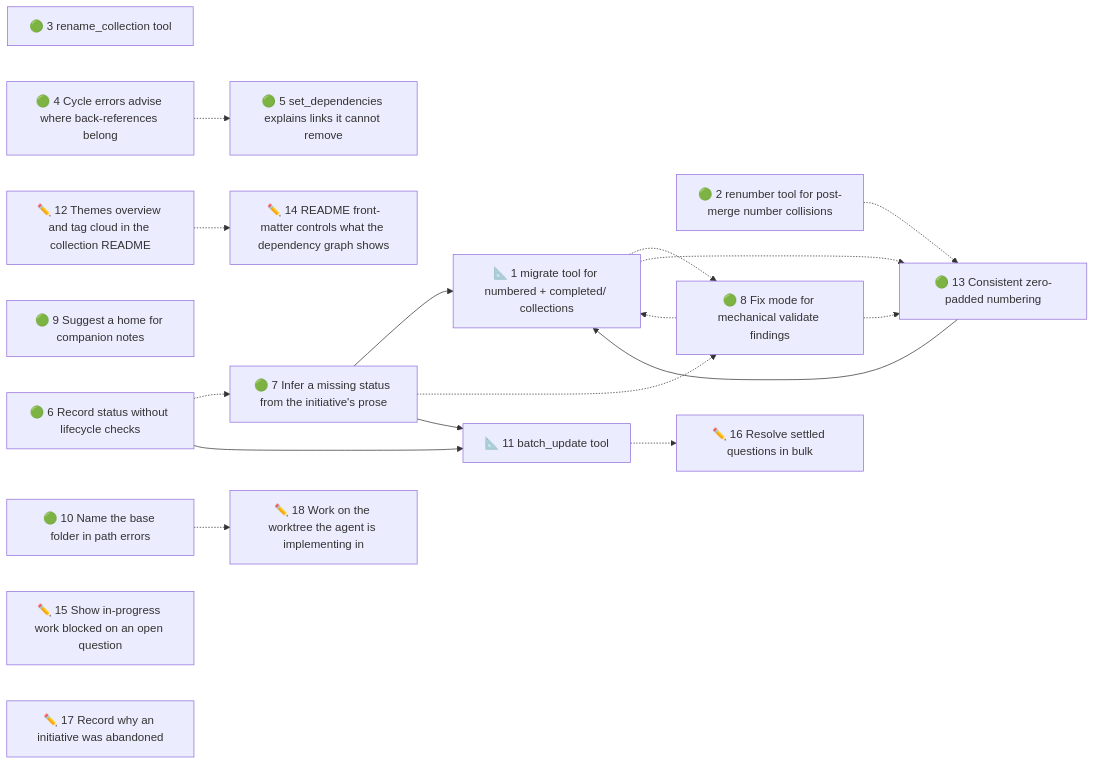
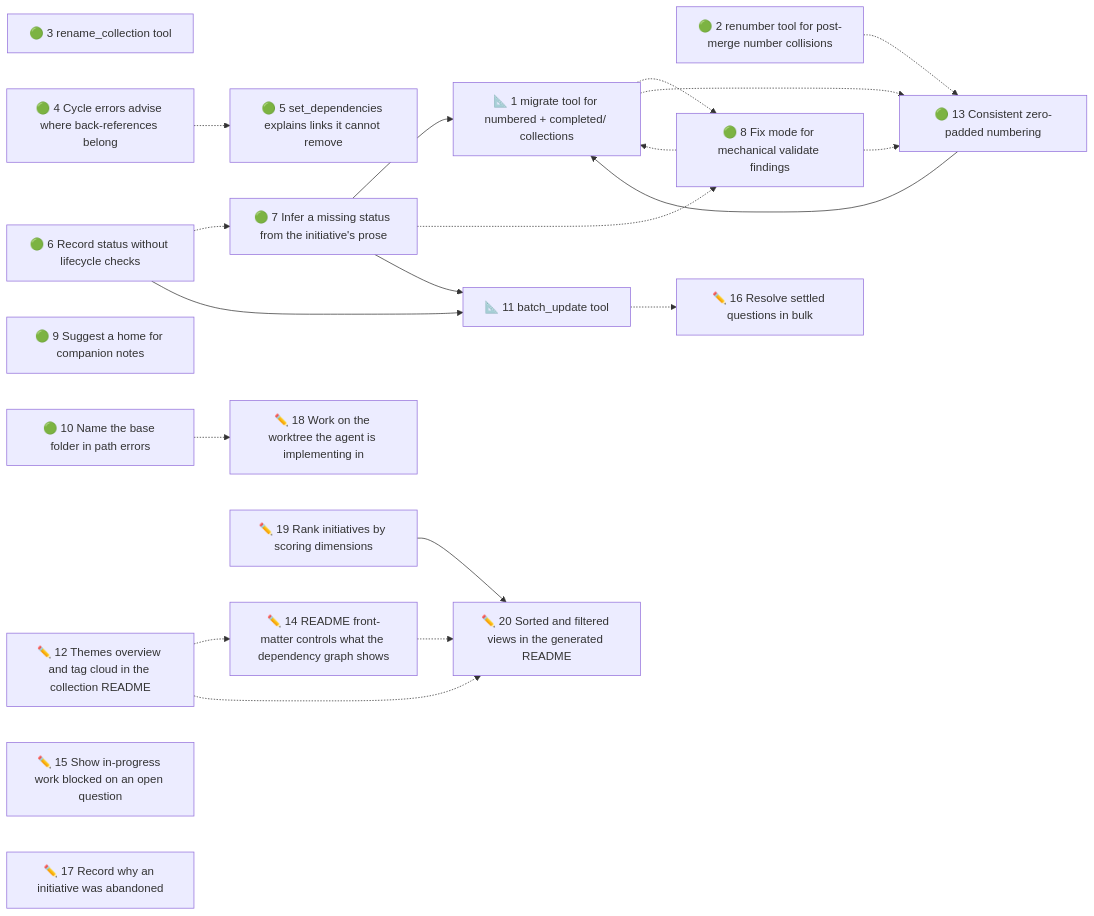
One commit to duckAsteroid/brindley changed the diagram in initiatives/README.md. Above: the diagram before and after it, drawn with Mermaid. The commit also changed other lines of this file and 2 other files, not shown here.

Commit message:
docs(initiatives): add #19 scoring dimensions and #20 sorted README views

````diff
--- a/initiatives/README.md
+++ b/initiatives/README.md
@@ -44,36 +46,41 @@
 ```mermaid
 flowchart LR
   n1["📐 1 migrate tool for numbered + completed/ collections"]
   n2["🟢 2 renumber tool for post-merge number collisions"]
   n3["🟢 3 rename_collection tool"]
   n4["🟢 4 Cycle errors advise where back-references belong"]
   n5["🟢 5 set_dependencies explains links it cannot remove"]
   n6["🟢 6 Record status without lifecycle checks"]
   n7["🟢 7 Infer a missing status from the initiative's prose"]
   n8["🟢 8 Fix mode for mechanical validate findings"]
   n9["🟢 9 Suggest a home for companion notes"]
   n10["🟢 10 Name the base folder in path errors"]
   n11["📐 11 batch_update tool"]
   n12["✏️ 12 Themes overview and tag cloud in the collection README"]
   n13["🟢 13 Consistent zero-padded numbering"]
   n14["✏️ 14 README front-matter controls what the dependency graph shows"]
   n15["✏️ 15 Show in-progress work blocked on an open question"]
   n16["✏️ 16 Resolve settled questions in bulk"]
   n17["✏️ 17 Record why an initiative was abandoned"]
   n18["✏️ 18 Work on the worktree the agent is implementing in"]
+  n19["✏️ 19 Rank initiatives by scoring dimensions"]
+  n20["✏️ 20 Sorted and filtered views in the generated README"]
   n7 --> n1
   n13 --> n1
   n8 -.-> n1
   n4 -.-> n5
   n6 -.-> n7
   n7 -.-> n8
   n1 -.-> n8
   n6 --> n11
   n7 --> n11
   n1 -.-> n13
   n2 -.-> n13
   n8 -.-> n13
   n12 -.-> n14
   n11 -.-> n16
   n10 -.-> n18
+  n19 --> n20
+  n12 -.-> n20
+  n14 -.-> n20
 ```
````
